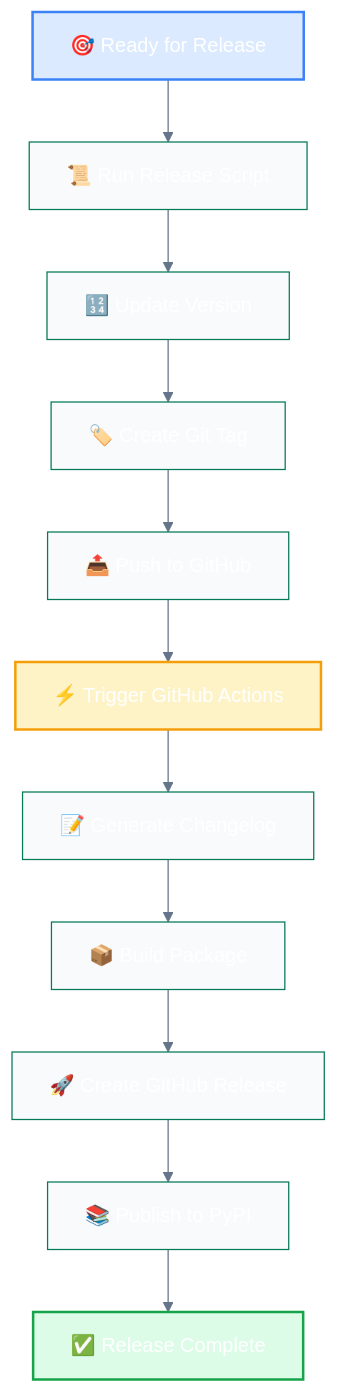
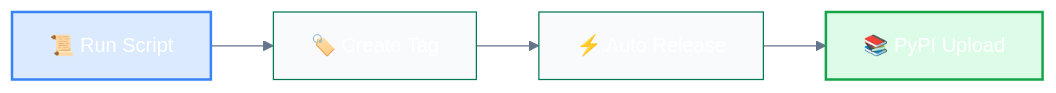
One commit to alexmarco/ls-tree changed the second of 3 diagrams in CONTRIBUTING.md. Above: the diagram before and after it, drawn with Mermaid. The commit also changed other lines of this file, not shown here.

````diff
--- a/CONTRIBUTING.md
+++ b/CONTRIBUTING.md
@@ -142,18 +92,10 @@
 ```mermaid
 %%{init: {'theme':'base', 'themeVariables': { 'primaryColor': '#059669', 'primaryTextColor': '#ffffff', 'primaryBorderColor': '#047857', 'lineColor': '#64748b', 'secondaryColor': '#f0fdf4', 'tertiaryColor': '#dcfce7', 'background': '#ffffff', 'mainBkg': '#f8fafc', 'secondBkg': '#f0fdf4', 'tertiaryBkg': '#dcfce7'}}}%%
-graph TD
-    A[🎯 Ready for Release] --> B[📜 Run Release Script]
-    B --> C[🔢 Update Version]
-    C --> D[🏷️ Create Git Tag]
-    D --> E[📤 Push to GitHub]
-    E --> F[⚡ Trigger GitHub Actions]
-    F --> G[📝 Generate Changelog]
-    G --> H[📦 Build Package]
-    H --> I[🚀 Create GitHub Release]
-    I --> J[📚 Publish to PyPI]
-    J --> K[✅ Release Complete]
+graph LR
+    A[📜 Run Script] --> B[🏷️ Create Tag]
+    B --> C[⚡ Auto Release]
+    C --> D[📚 PyPI Upload]
     
     style A fill:#dbeafe,stroke:#3b82f6,stroke-width:2px
-    style K fill:#dcfce7,stroke:#16a34a,stroke-width:2px
-    style F fill:#fef3c7,stroke:#f59e0b,stroke-width:2px
+    style D fill:#dcfce7,stroke:#16a34a,stroke-width:2px
 ```
````
